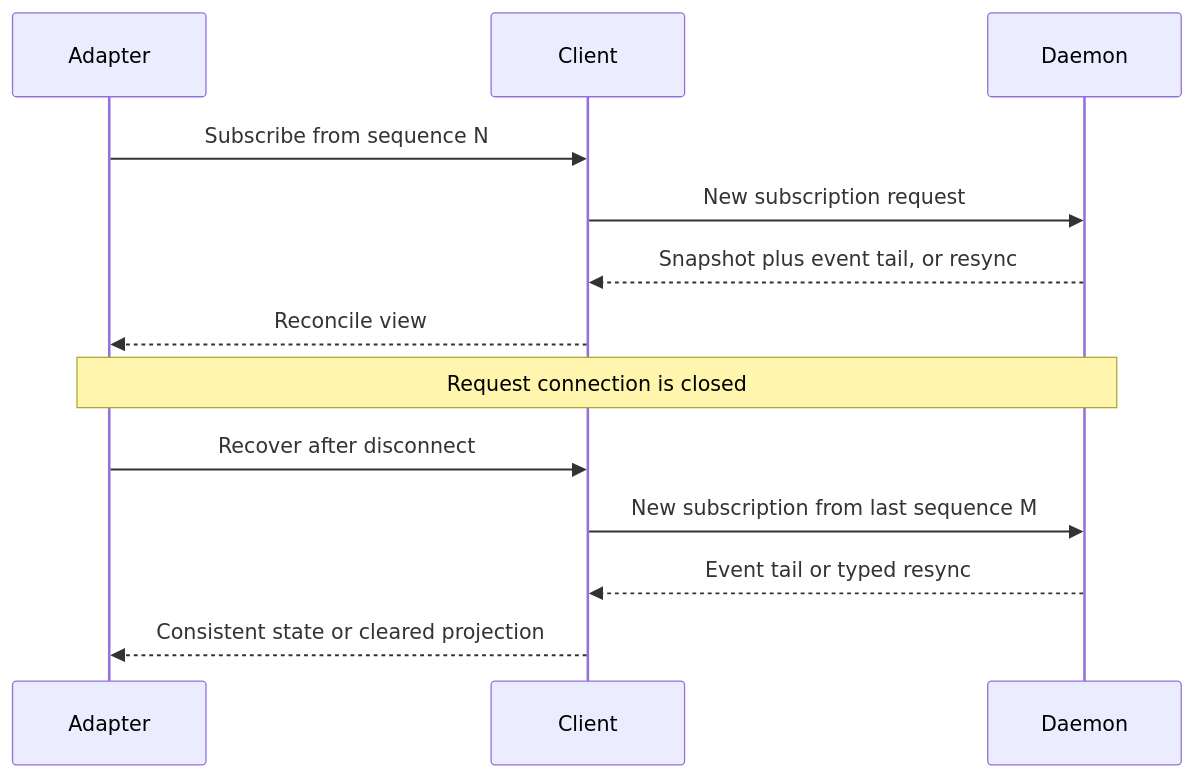
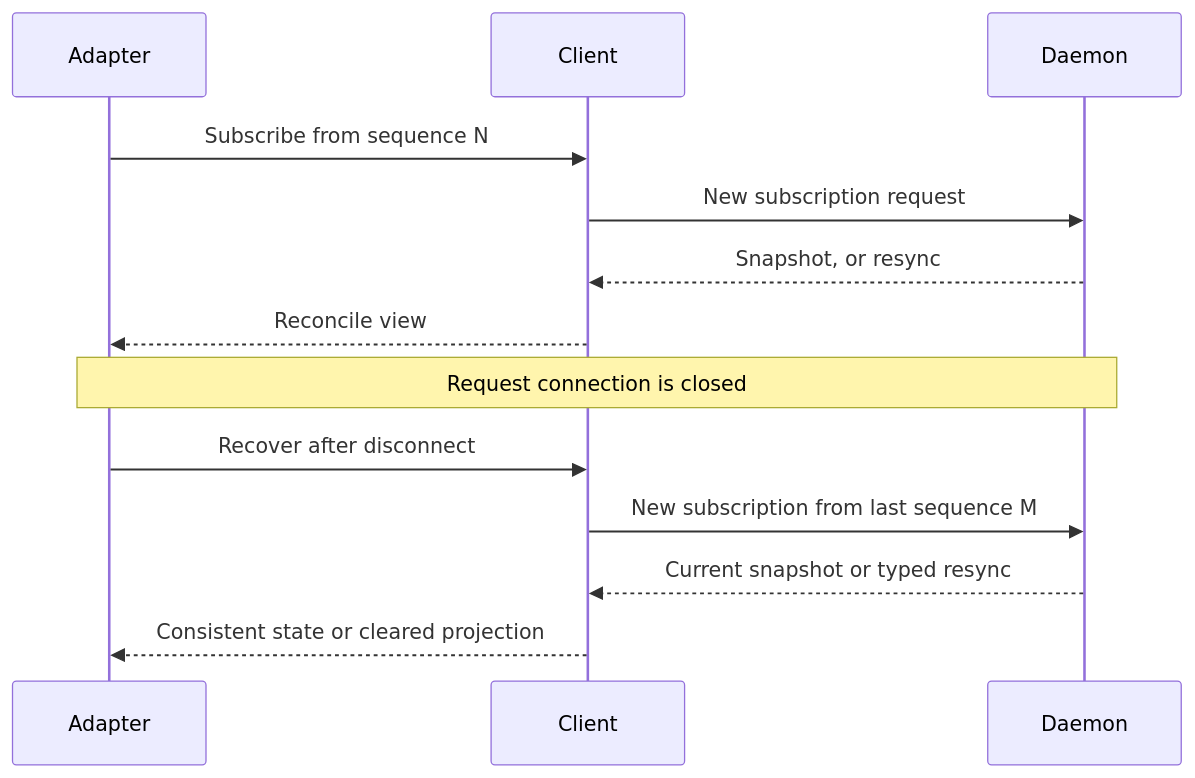
One commit to y0tsy/intention-relay changed the second of 2 diagrams in docs/intention-relay/architecture/03-daemon-transport-and-adapters.md. Above: the diagram before and after it, drawn with Mermaid. The commit also changed other lines of this file and 54 other files, not shown here.

````diff
--- a/docs/intention-relay/architecture/03-daemon-transport-and-adapters.md
+++ b/docs/intention-relay/architecture/03-daemon-transport-and-adapters.md
@@ -214,16 +214,16 @@
 ```mermaid
 sequenceDiagram
   participant AD as Adapter
   participant CL as Client
   participant DM as Daemon
 
   AD->>CL: Subscribe from sequence N
   CL->>DM: New subscription request
-  DM-->>CL: Snapshot plus event tail, or resync
+  DM-->>CL: Snapshot, or resync
   CL-->>AD: Reconcile view
   Note over AD,DM: Request connection is closed
   AD->>CL: Recover after disconnect
   CL->>DM: New subscription from last sequence M
-  DM-->>CL: Event tail or typed resync
+  DM-->>CL: Current snapshot or typed resync
   CL-->>AD: Consistent state or cleared projection
 ```
````
